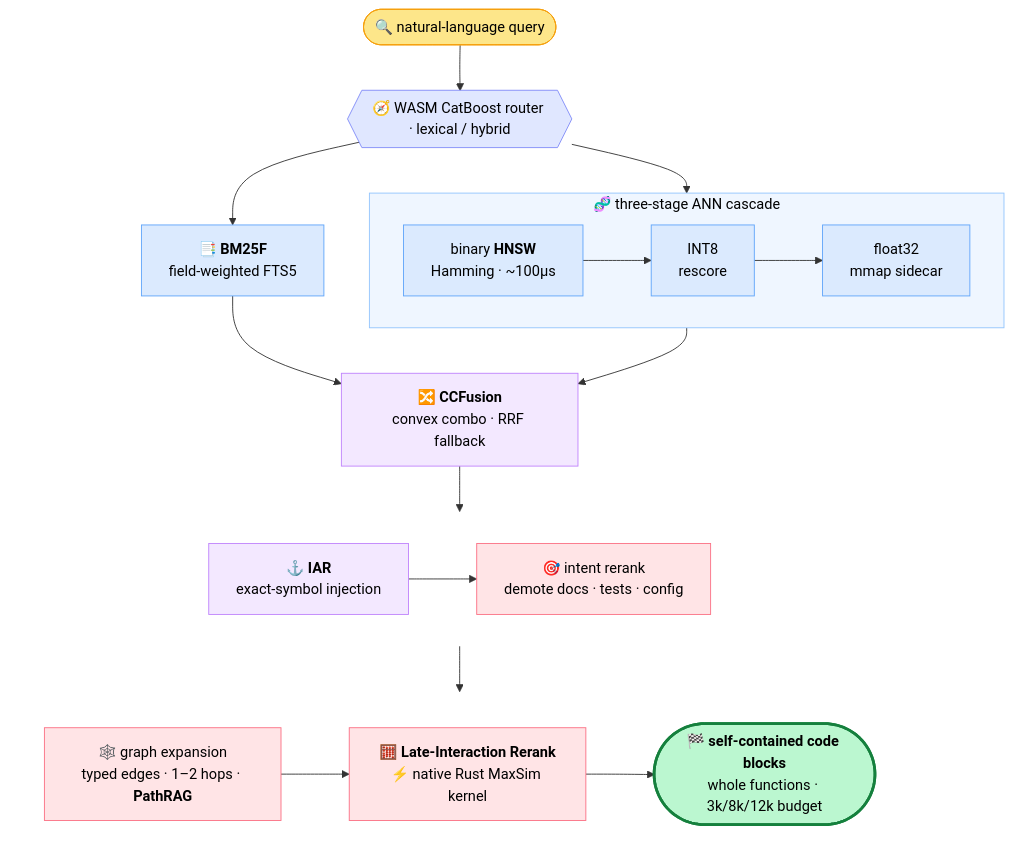
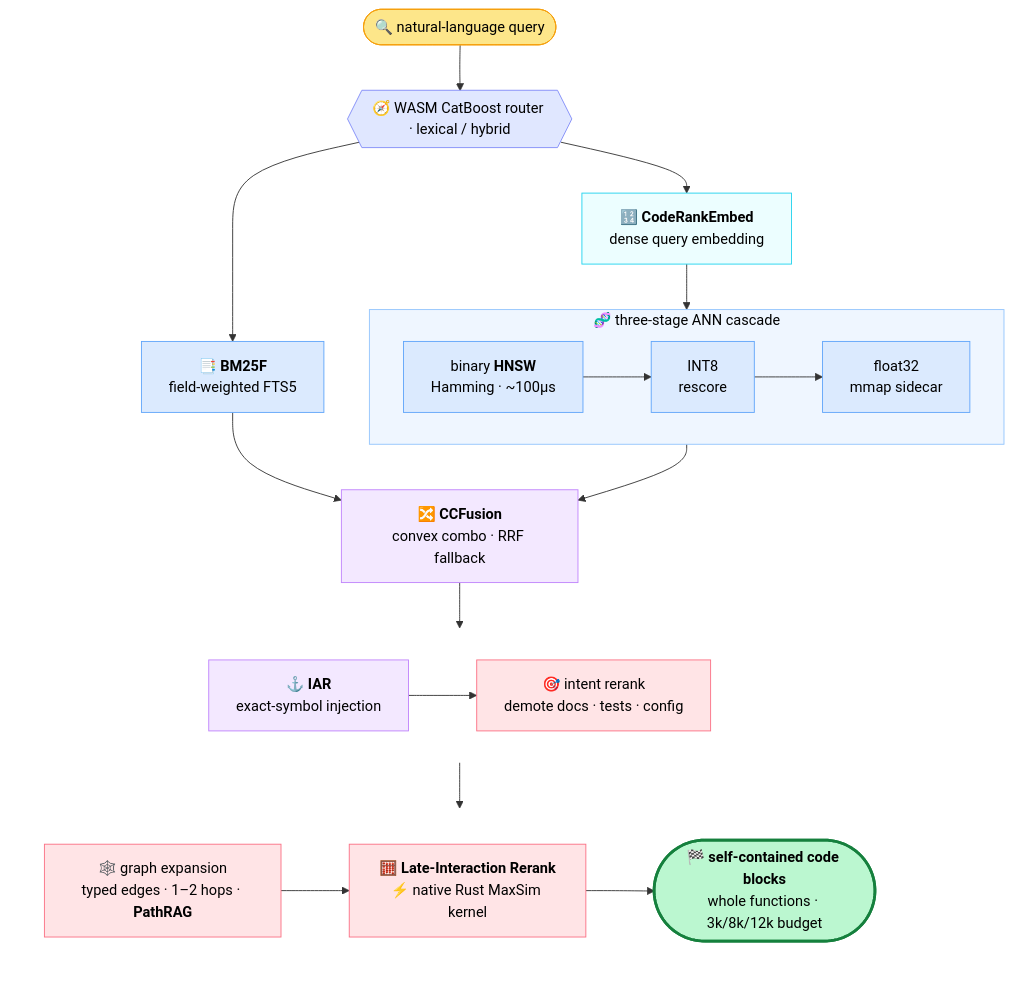
One commit to mrsladoje/sweet-search changed the diagram in README.md. Above: the diagram before and after it, drawn with Mermaid.

Commit message:
readme: ss-search diagram shows the dense query embedding before the ANN cascade

````diff
--- a/README.md
+++ b/README.md
@@ -550,46 +550,48 @@
 ```mermaid
 flowchart TD
     Q(["🔍  natural-language query"]) --> ROUTE{{"🧭 WASM CatBoost router · lexical / hybrid"}}
 
     ROUTE --> BM["📑 <b>BM25F</b><br/>field-weighted FTS5"]
-    ROUTE --> ANN
+    ROUTE --> EMB["🔢 <b>CodeRankEmbed</b><br/>dense query embedding"] --> ANN
 
     subgraph ANN ["🧬 three-stage ANN cascade"]
         direction LR
         BIN["binary <b>HNSW</b><br/>Hamming · ~100µs"] --> INT["INT8<br/>rescore"] --> FL["float32<br/>mmap sidecar"]
     end
 
     BM  --> FUSE
     ANN --> FUSE
     FUSE["🔀 <b>CCFusion</b><br/>convex combo · RRF fallback"] --> ROW1
 
     subgraph ROW1 [" "]
         direction LR
         IAR["⚓ <b>IAR</b><br/>exact-symbol injection"] --> INTENT["🎯 intent rerank<br/>demote docs · tests · config"]
     end
 
     ROW1 --> ROW2
 
     subgraph ROW2 [" "]
         direction LR
         GRAPH["🕸️ graph expansion<br/>typed edges · 1–2 hops · <b>PathRAG</b>"] --> MAXSIM["🧮 <b>Late-Interaction Rerank</b><br/>⚡ native Rust MaxSim kernel"] --> OUT(["🏁 <b>self-contained code blocks</b><br/>whole functions · 3k/8k/12k budget"])
     end
 
     classDef io    fill:#fde68a,stroke:#f59e0b,color:#000;
     classDef out   fill:#bbf7d0,stroke:#15803d,color:#000,stroke-width:3px;
     classDef route fill:#e0e7ff,stroke:#818cf8,color:#000;
     classDef lex   fill:#dbeafe,stroke:#60a5fa,color:#000;
     classDef fuse  fill:#f3e8ff,stroke:#c084fc,color:#000;
     classDef rank  fill:#ffe4e6,stroke:#fb7185,color:#000;
+    classDef emb   fill:#ecfeff,stroke:#22d3ee,color:#000;
 
     class Q io;
     class OUT out;
     class ROUTE route;
+    class EMB emb;
     class BM,BIN,INT,FL lex;
     class FUSE,IAR fuse;
     class INTENT,GRAPH,MAXSIM rank;
 
     style ANN  fill:#eff6ff,stroke:#93c5fd,color:#000;
     style ROW1 fill:none,stroke:none;
     style ROW2 fill:none,stroke:none;
 ```
````
